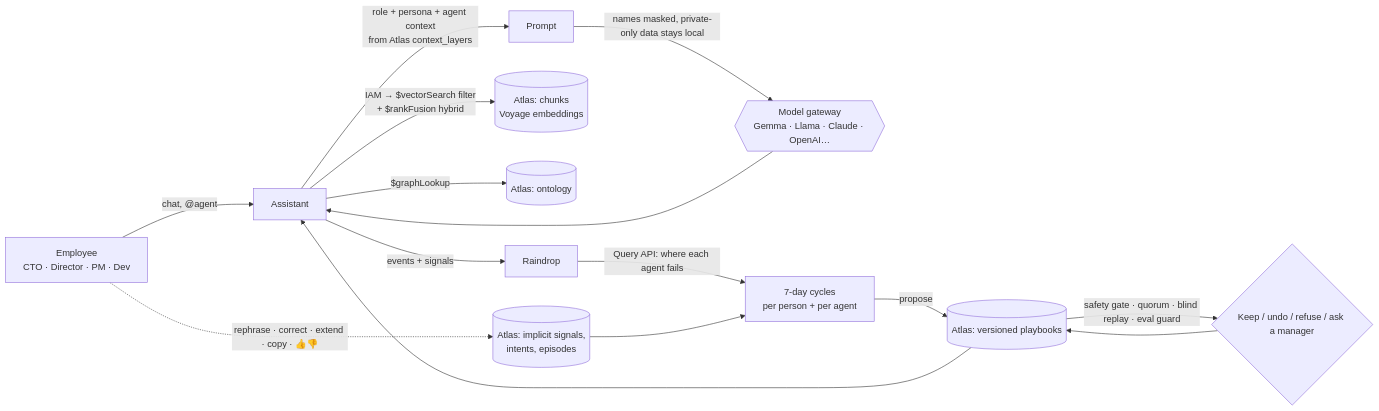
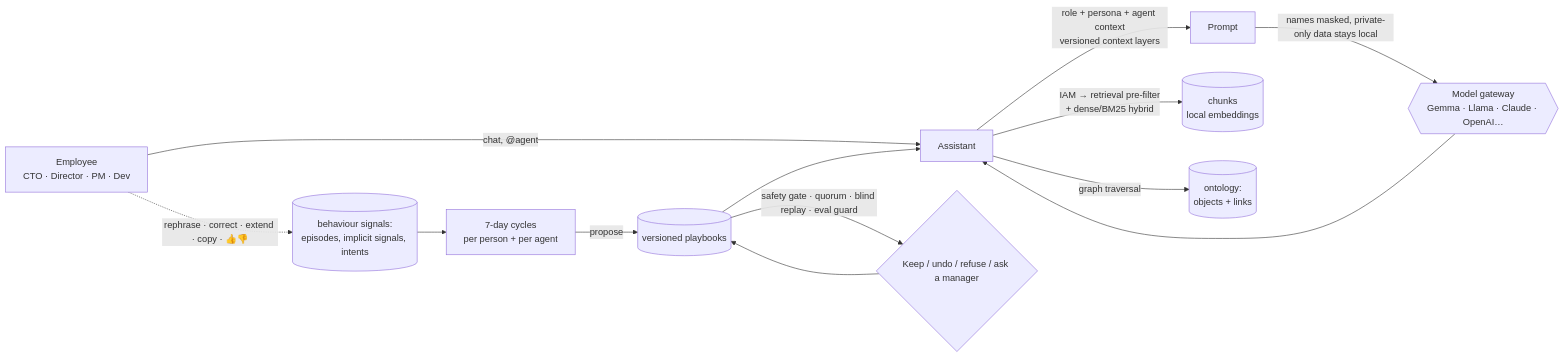
The first of 3 diagrams in README.md (sandeepvijayarao09/omniq), drawn with Mermaid before and after one commit. The commit also changed other lines of this file and 53 other files, not shown here.

First line of the commit message:
Research build: fully local stack, partners removed, living architecture plan

````diff
--- a/README.md
+++ b/README.md
@@ -15,17 +25,15 @@
 ```mermaid
 flowchart LR
   U[Employee<br/>CTO · Director · PM · Dev] -->|chat, @agent| A[Assistant]
-  A -->|role + persona + agent context<br/>from Atlas context_layers| P[Prompt]
-  A -->|IAM → $vectorSearch filter<br/>+ $rankFusion hybrid| K[(Atlas: chunks<br/>Voyage embeddings)]
-  A -->|$graphLookup| G[(Atlas: ontology)]
+  A -->|role + persona + agent context<br/>versioned context layers| P[Prompt]
+  A -->|IAM → retrieval pre-filter<br/>+ dense/BM25 hybrid| K[(chunks<br/>local embeddings)]
+  A -->|graph traversal| G[(ontology:<br/>objects + links)]
   P -->|names masked, private-only data stays local| M{{Model gateway<br/>Gemma · Llama · Claude · OpenAI…}}
   M --> A
-  A -->|events + signals| R[Raindrop]
-  U -. rephrase · correct · extend · copy · 👍👎 .-> S[(Atlas: implicit signals,<br/>intents, episodes)]
-  R -->|Query API: where each agent fails| C[7-day cycles<br/>per person + per agent]
-  S --> C
-  C -->|propose| H[(Atlas: versioned playbooks)]
+  U -. rephrase · correct · extend · copy · 👍👎 .-> S[(behaviour signals:<br/>episodes, implicit signals, intents)]
+  S --> C[7-day cycles<br/>per person + per agent]
+  C -->|propose| H[(versioned playbooks)]
   H -->|safety gate · quorum · blind replay · eval guard| D{Keep / undo / refuse / ask a manager}
   D --> H
   H --> A
 ```
````
